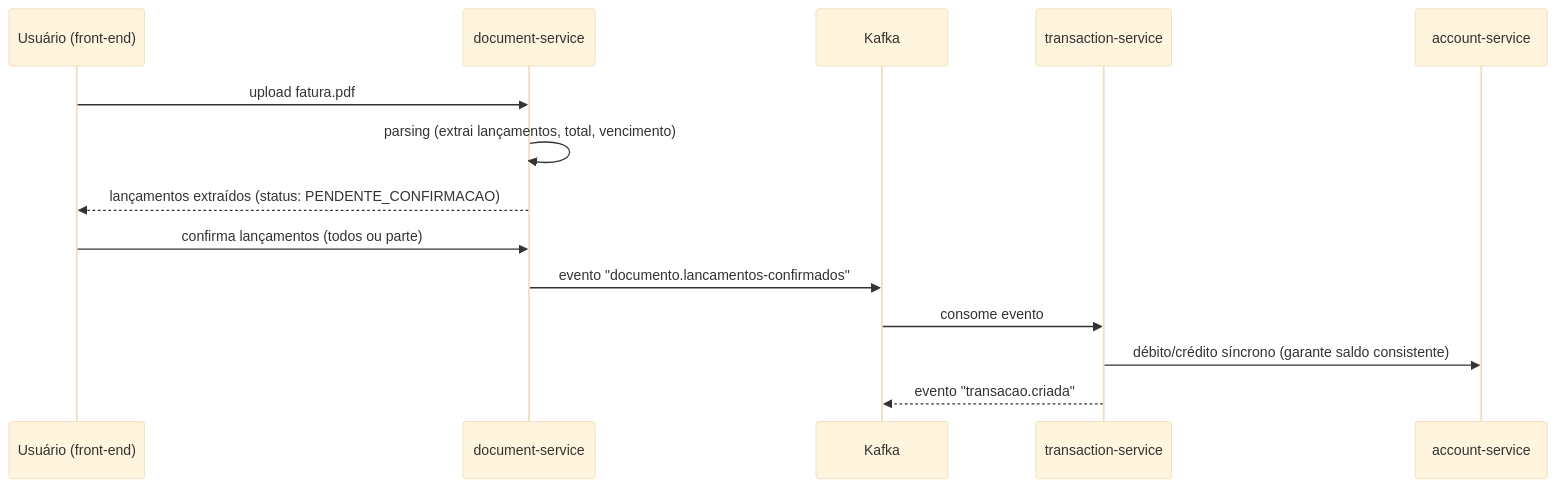
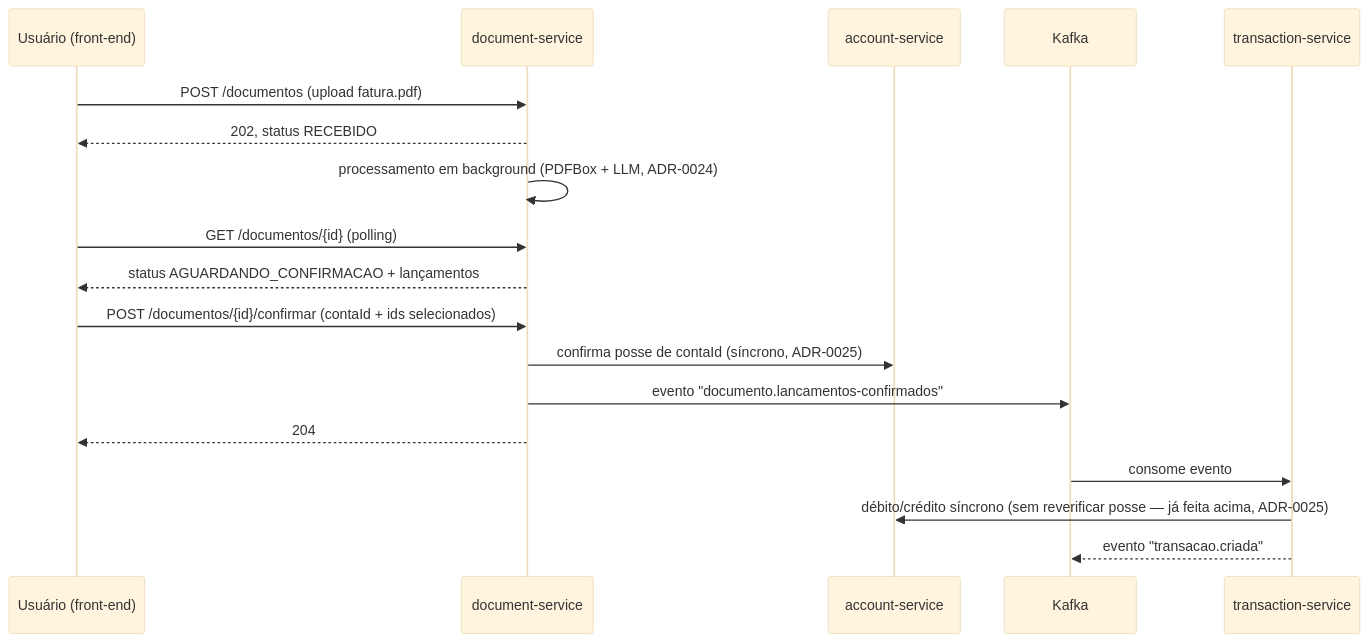
Before and after one commit to wep1980/wepdev-financas: the first of 3 diagrams in docs/architecture/overview.md, drawn with Mermaid (base theme). The commit also changed other lines of this file and 116 other files, not shown here.

````diff
--- a/docs/architecture/overview.md
+++ b/docs/architecture/overview.md
@@ -42,17 +42,21 @@
 ```mermaid
 sequenceDiagram
     participant U as Usuário (front-end)
     participant D as document-service
+    participant A as account-service
     participant K as Kafka
     participant T as transaction-service
-    participant A as account-service
 
-    U->>D: upload fatura.pdf
-    D->>D: parsing (extrai lançamentos, total, vencimento)
-    D-->>U: lançamentos extraídos (status: PENDENTE_CONFIRMACAO)
-    U->>D: confirma lançamentos (todos ou parte)
+    U->>D: POST /documentos (upload fatura.pdf)
+    D-->>U: 202, status RECEBIDO
+    D->>D: processamento em background (PDFBox + LLM, ADR-0024)
+    U->>D: GET /documentos/{id} (polling)
+    D-->>U: status AGUARDANDO_CONFIRMACAO + lançamentos
+    U->>D: POST /documentos/{id}/confirmar (contaId + ids selecionados)
+    D->>A: confirma posse de contaId (síncrono, ADR-0025)
     D->>K: evento "documento.lancamentos-confirmados"
+    D-->>U: 204
     K->>T: consome evento
-    T->>A: débito/crédito síncrono (garante saldo consistente)
+    T->>A: débito/crédito síncrono (sem reverificar posse — já feita acima, ADR-0025)
     T-->>K: evento "transacao.criada"
 ```
````
